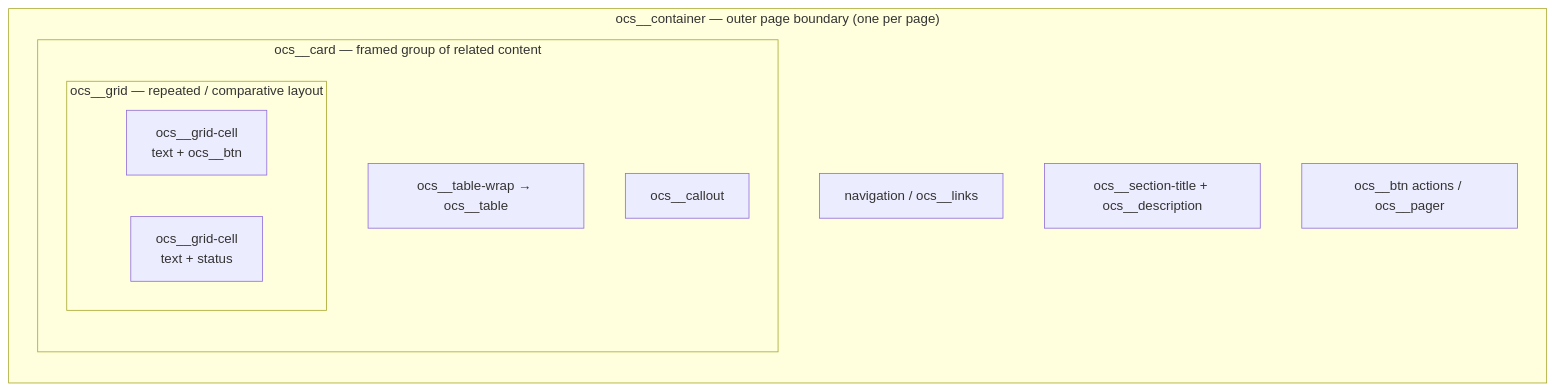
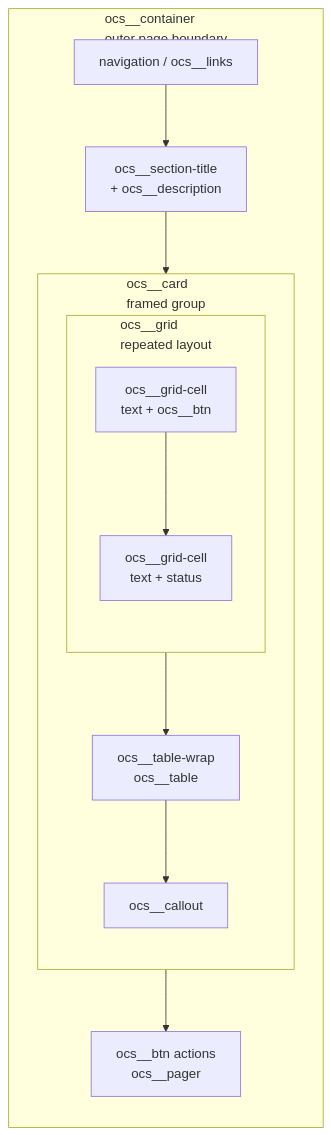
Before and after one commit to psai-github/pages: the diagram in _projects/lessons/sass/navigation/containers.md, drawn with Mermaid.

Commit message:
Update OCS SASS Containers Grammar with improved flowchart display

````diff
--- a/_projects/lessons/sass/navigation/containers.md
+++ b/_projects/lessons/sass/navigation/containers.md
@@ -23,19 +23,22 @@
 ```mermaid
 flowchart TB
-    subgraph container["ocs__container — outer page boundary (one per page)"]
+    subgraph container["ocs__container<br/>outer page boundary"]
         direction TB
         nav["navigation / ocs__links"]
-        heading["ocs__section-title + ocs__description"]
-        subgraph card["ocs__card — framed group of related content"]
+        heading["ocs__section-title<br/>+ ocs__description"]
+        subgraph card["ocs__card<br/>framed group"]
             direction TB
-            subgraph grid["ocs__grid — repeated / comparative layout"]
-                direction LR
+            subgraph grid["ocs__grid<br/>repeated layout"]
+                direction TB
                 cell1["ocs__grid-cell<br/>text + ocs__btn"]
                 cell2["ocs__grid-cell<br/>text + status"]
             end
-            tablewrap["ocs__table-wrap → ocs__table"]
+            tablewrap["ocs__table-wrap<br/>ocs__table"]
             callout["ocs__callout"]
         end
-        actions["ocs__btn actions / ocs__pager"]
+        actions["ocs__btn actions<br/>ocs__pager"]
+        nav --> heading --> card --> actions
+        grid --> tablewrap --> callout
+        cell1 --> cell2
     end
 ```
````
